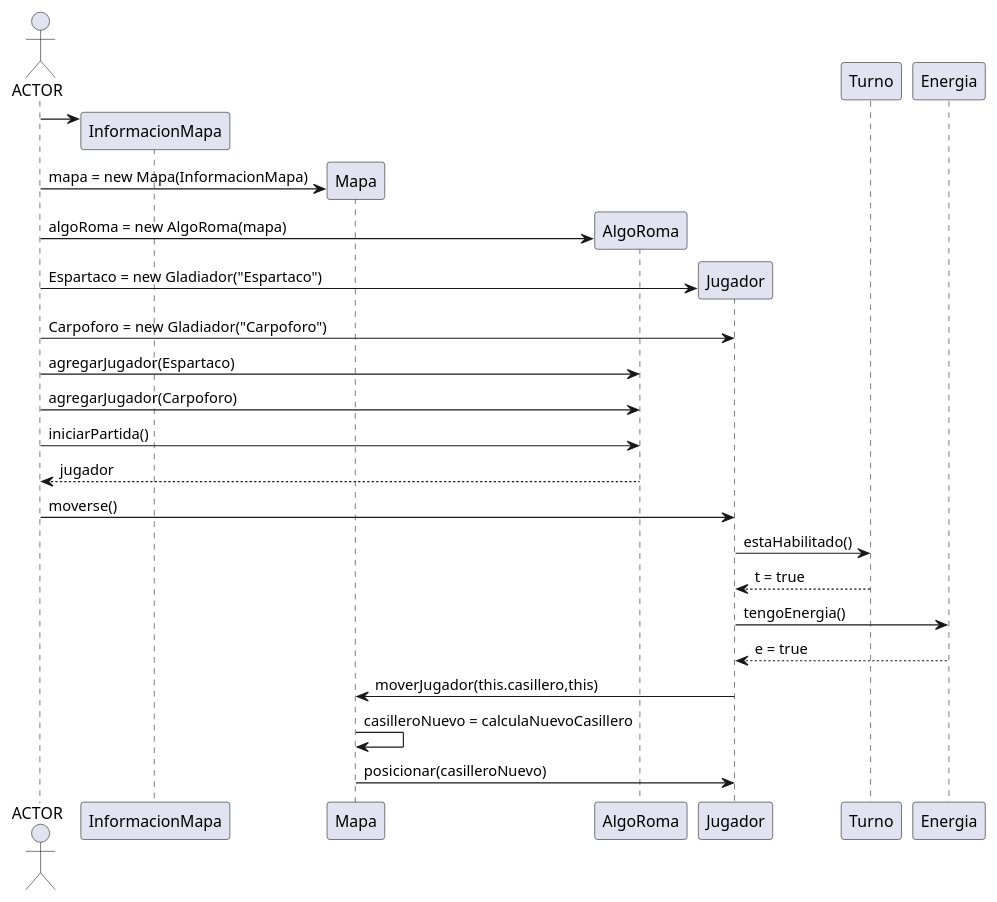
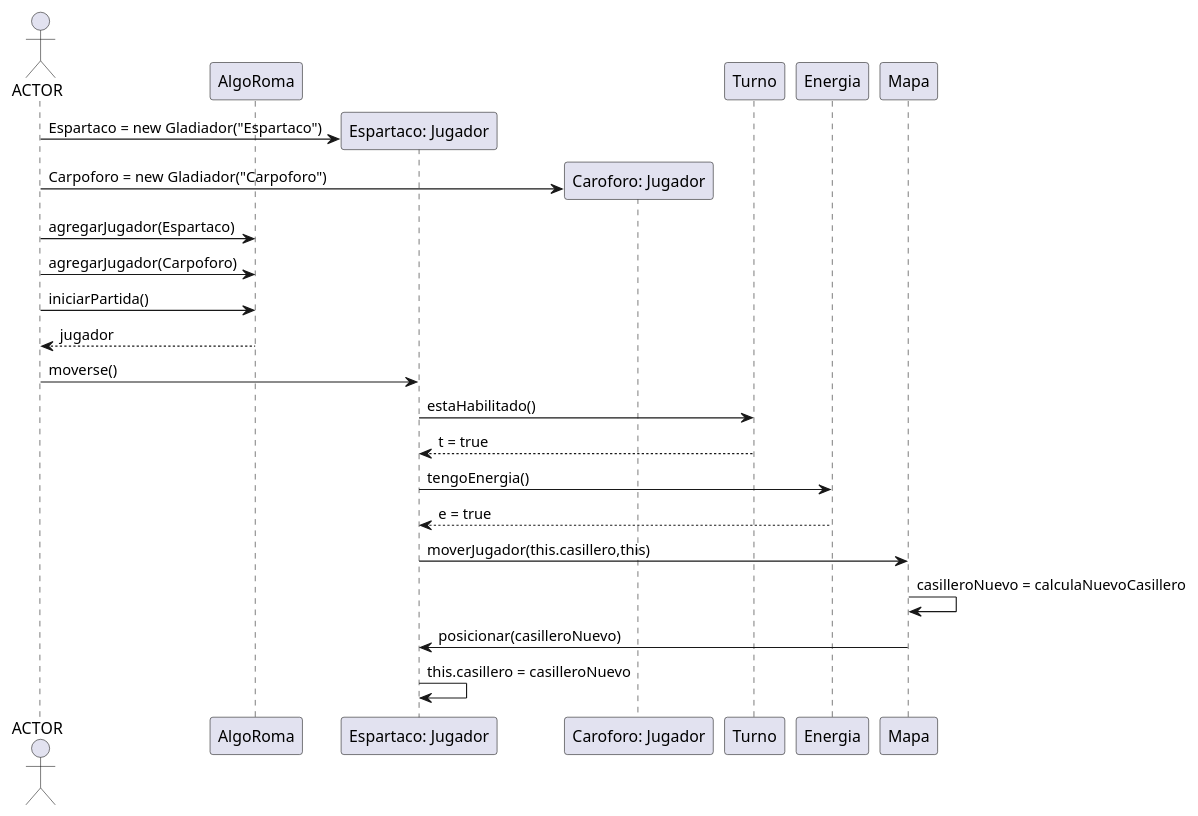
Before and after one commit to CrissRMFI/TP2-AlgoIII: the diagram in diagrams/sequences/002JugadorSeMueve.puml, drawn with PlantUML. The commit also changed 16 other files, not shown here.

Commit message:
Agregamos Diagramas de secuencia

```diff
--- a/diagrams/sequences/002JugadorSeMueve.puml
+++ b/diagrams/sequences/002JugadorSeMueve.puml
@@ -1,36 +1,31 @@
 @startuml
 
 actor ACTOR
-create InformacionMapa
+participant AlgoRoma
+participant Jugador1 as "Espartaco: Jugador"
+participant Jugador2 as "Caroforo: Jugador"
 
-ACTOR -> InformacionMapa
-create Mapa
-ACTOR -> Mapa: mapa = new Mapa(InformacionMapa)
-
-Create AlgoRoma
-ACTOR -> AlgoRoma: algoRoma = new AlgoRoma(mapa)
-
-
-create Jugador
-
-ACTOR -> Jugador: Espartaco = new Gladiador("Espartaco")
-ACTOR -> Jugador: Carpoforo = new Gladiador("Carpoforo")
+create Jugador1
+ACTOR -> Jugador1: Espartaco = new Gladiador("Espartaco")
+create Jugador2
+ACTOR -> Jugador2: Carpoforo = new Gladiador("Carpoforo")
 
 ACTOR -> AlgoRoma: agregarJugador(Espartaco)
 ACTOR -> AlgoRoma: agregarJugador(Carpoforo)
 
 
 ACTOR -> AlgoRoma: iniciarPartida()
 AlgoRoma --> ACTOR: jugador
 
-ACTOR -> Jugador: moverse()
-Jugador -> Turno: estaHabilitado()
-Turno --> Jugador: t = true
-Jugador -> Energia: tengoEnergia()
-Energia --> Jugador: e = true
+ACTOR -> Jugador1: moverse()
+Jugador1 -> Turno: estaHabilitado()
+Turno --> Jugador1: t = true
+Jugador1 -> Energia: tengoEnergia()
+Energia --> Jugador1: e = true
 
-Jugador -> Mapa: moverJugador(this.casillero,this)
+Jugador1 -> Mapa: moverJugador(this.casillero,this)
 
 Mapa -> Mapa: casilleroNuevo = calculaNuevoCasillero
-Mapa -> Jugador: posicionar(casilleroNuevo)
+Mapa -> Jugador1: posicionar(casilleroNuevo)
+Jugador1 -> Jugador1: this.casillero = casilleroNuevo
 @enduml
```
